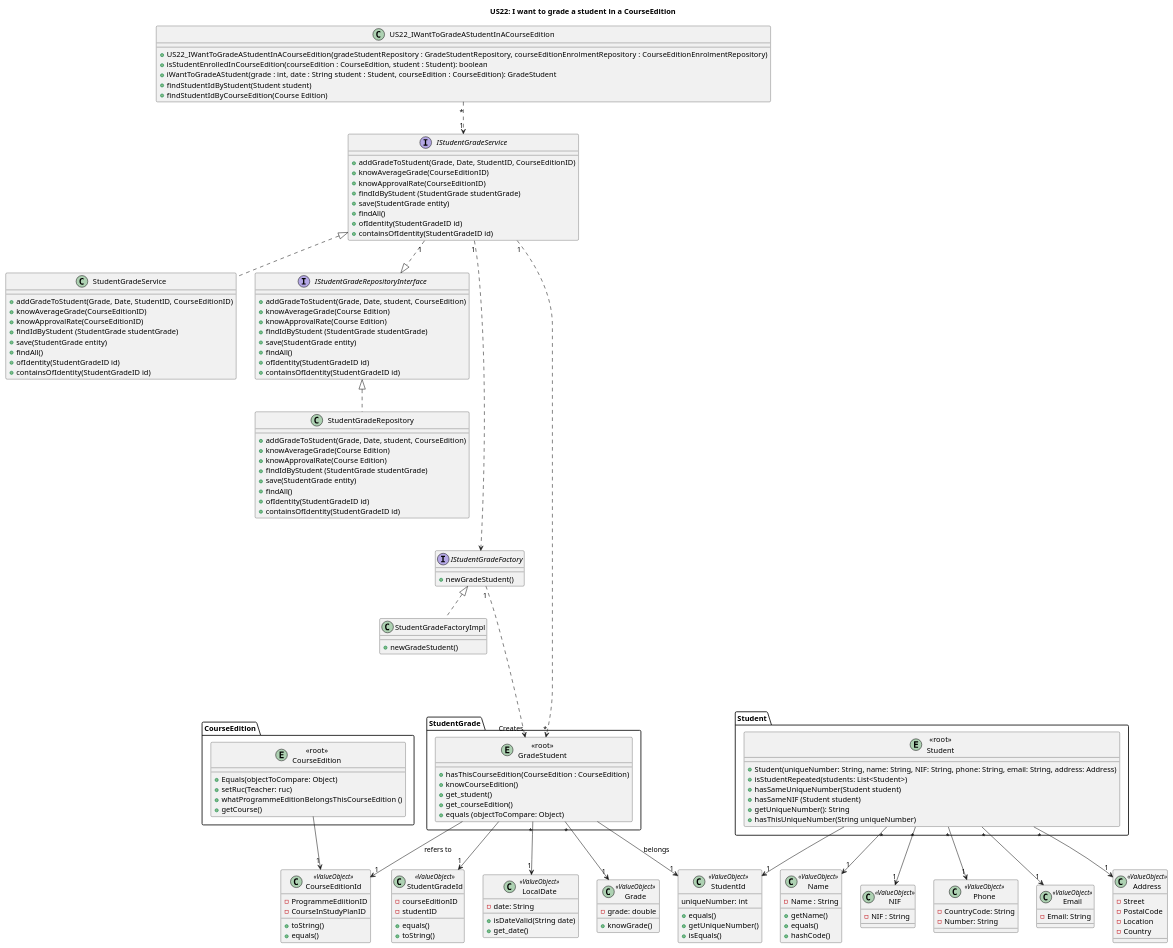
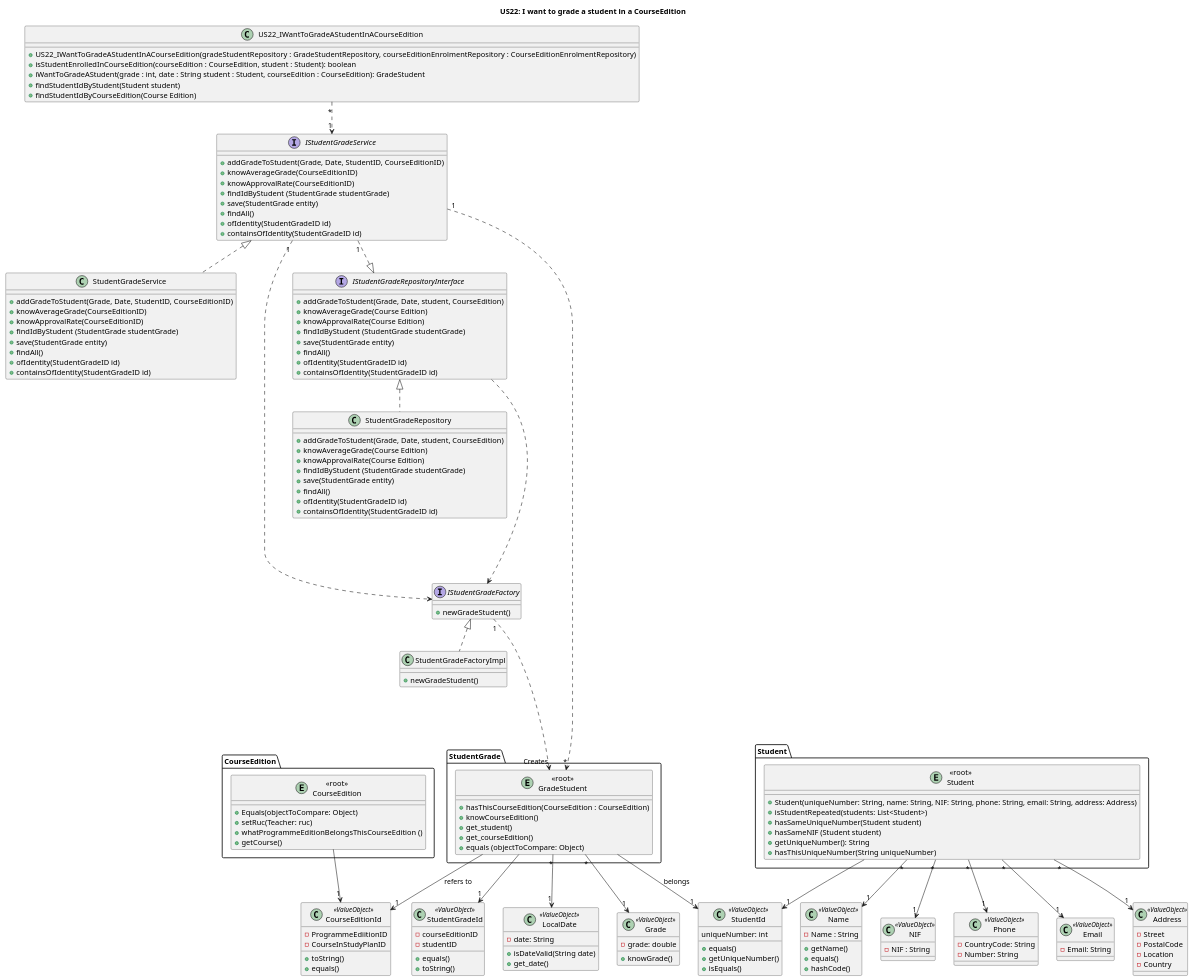
One commit to GasparISEP/DevOps-PAI changed the diagram in docs/US23/US23_Sprint5ClassDiagram.puml. Above: the diagram before and after it, drawn with PlantUML.

Commit message:
Ref #318 : Added connection between factory and repository after talking with teacher

```diff
--- a/docs/US23/US23_Sprint5ClassDiagram.puml
+++ b/docs/US23/US23_Sprint5ClassDiagram.puml
@@ -222,6 +222,7 @@
 "<<root>>\nStudent" --> "1" StudentId
 IStudentGradeService <|..StudentGradeService
 IStudentGradeRepositoryInterface <|..StudentGradeRepository
+IStudentGradeRepositoryInterface ....> IStudentGradeFactory
 
 
 
```
